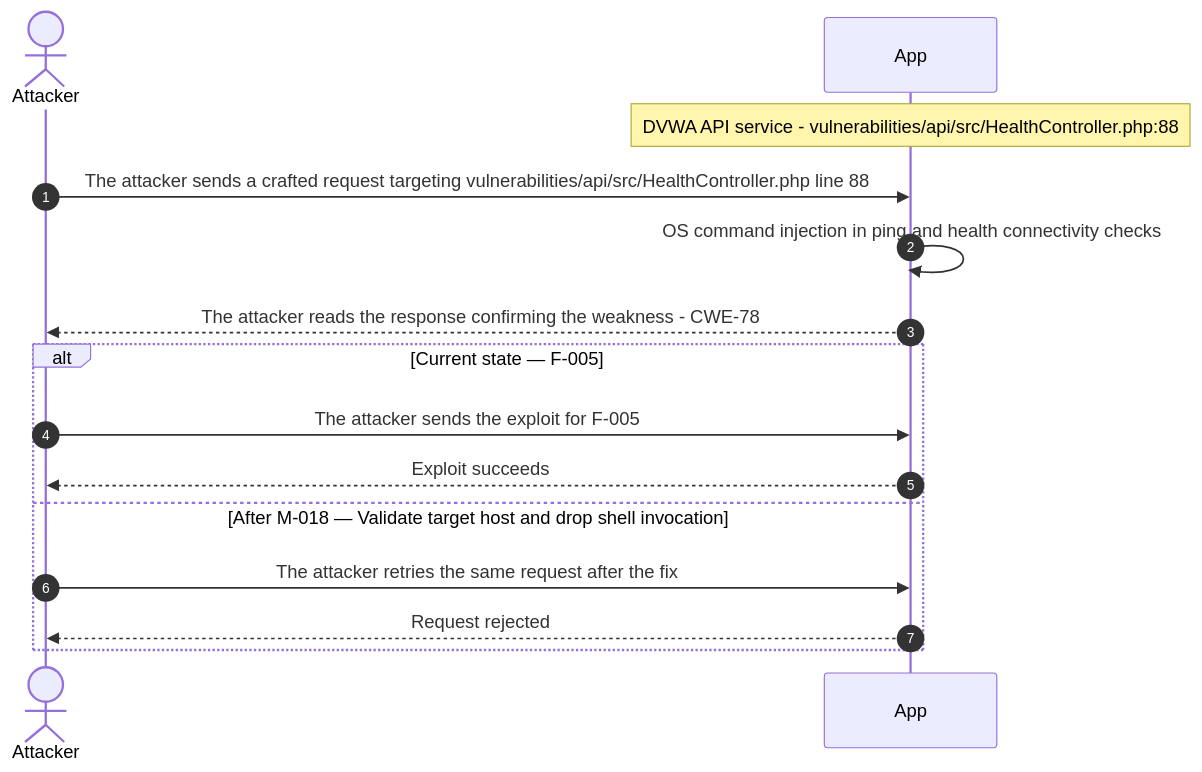
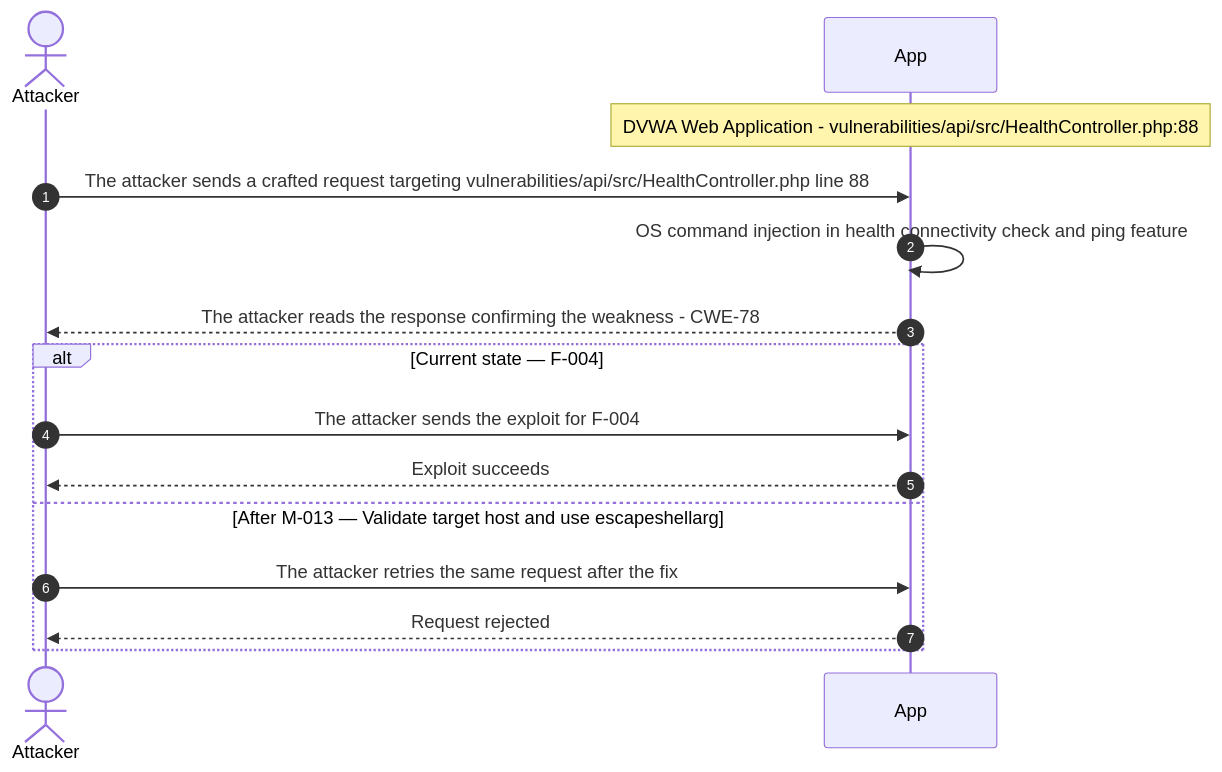
The fourth of 15 diagrams in dvwa/security-assessment-dvwa-thorough-0.1.0.md (appsec-foundry/appsec-analyzer-examples), drawn with Mermaid before and after one commit. The commit also changed other lines of this file and 7 other files, not shown here.

````diff
--- a/dvwa/security-assessment-dvwa-thorough-0.1.0.md
+++ b/dvwa/security-assessment-dvwa-thorough-0.1.0.md
@@ -401,17 +409,17 @@
 ```mermaid
 sequenceDiagram
     autonumber
     actor Attacker
     participant App
-    Note over App: DVWA API service - vulnerabilities/api/src/HealthController.php:88
+    Note over App: DVWA Web Application - vulnerabilities/api/src/HealthController.php:88
     Attacker->>App: The attacker sends a crafted request targeting vulnerabilities/api/src/HealthController.php line 88
-    App->>App: OS command injection in ping and health connectivity checks
+    App->>App: OS command injection in health connectivity check and ping feature
     App-->>Attacker: The attacker reads the response confirming the weakness - CWE-78
-    alt Current state — F-005
-        Attacker->>App: The attacker sends the exploit for F-005
+    alt Current state — F-004
+        Attacker->>App: The attacker sends the exploit for F-004
         App-->>Attacker: Exploit succeeds
-    else After M-018 — Validate target host and drop shell invocation
+    else After M-013 — Validate target host and use escapeshellarg
         Attacker->>App: The attacker retries the same request after the fix
         App-->>Attacker: Request rejected
     end
 ```
````
